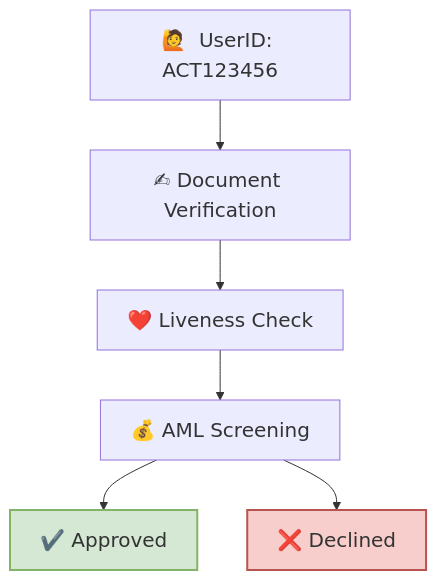
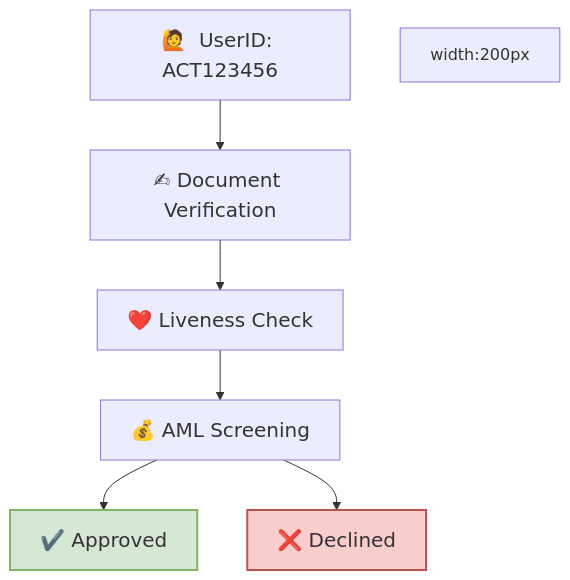
One commit to Fantastic-Devs/Mintlify changed the diagram in id/id.mdx. Above: the diagram before and after it, drawn with Mermaid.

````diff
--- a/id/id.mdx
+++ b/id/id.mdx
@@ -17,26 +17,26 @@
 ```mermaid
 
 graph TB;
     A["🙋  UserID: ACT123456"];
     B["✍ Document Verification"];
     C["❤️ Liveness Check"];
     D["💰 AML Screening"];
     E["✔️ Approved"];
     F["❌ Declined"];
     A--> B;
     B--> C;
     C--> D;
     D--> E & F;
 
-    classDef largeText font-size:20px;
+    classDef largeText font-size:20px;width:200px;
     class A largeText;
     class B largeText;
     class C largeText;
     class D largeText;
     class E largeText;
     class F largeText;
 
     style E fill:#d5e8d4,stroke:#82b366,stroke-width:2px
     style F fill:#f8cecc,stroke:#b85450,stroke-width:2px
 
 ```
````
